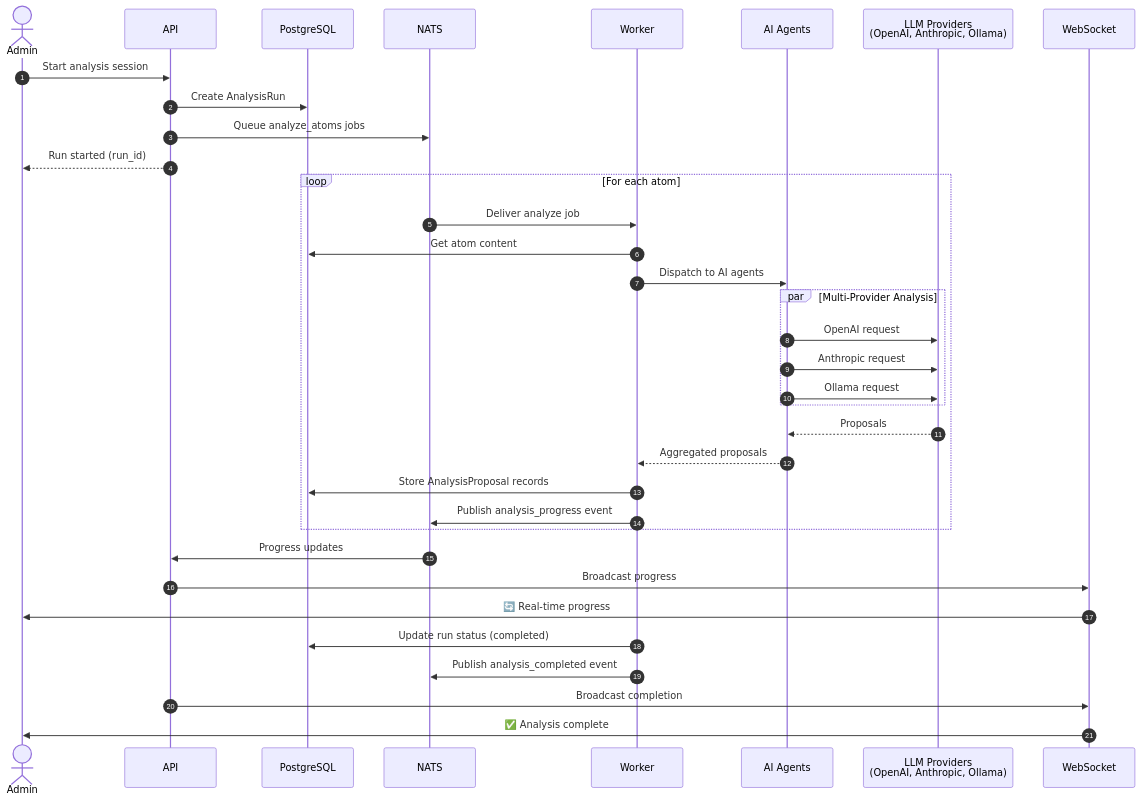
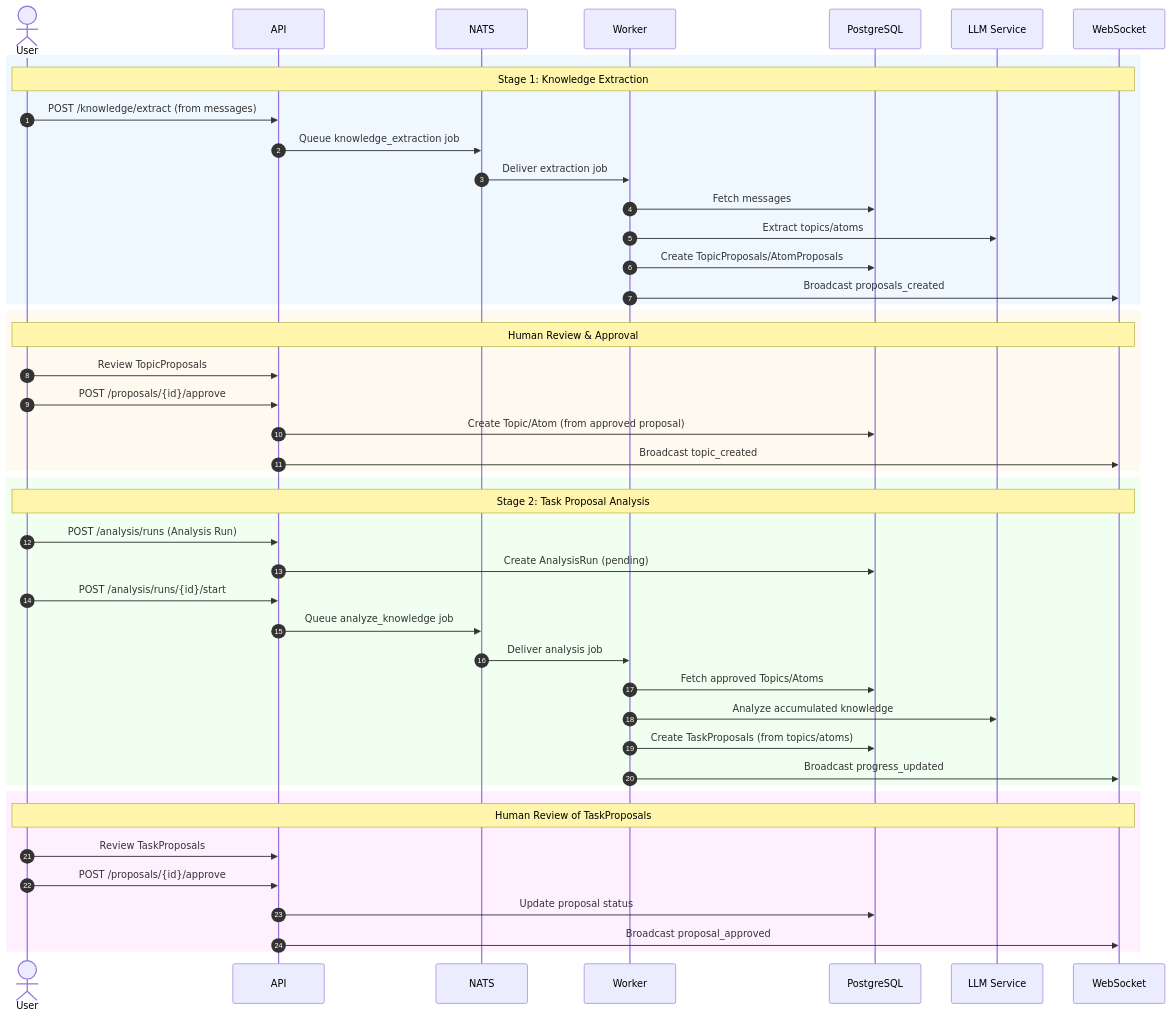
One commit to djimontyp/task-tracker changed the fifth of 15 diagrams in docs/content/en/architecture/diagrams.md. Above: the diagram before and after it, drawn with Mermaid. The commit also changed other lines of this file and 8 other files, not shown here.

Commit message:
docs: update architecture for two-stage knowledge pipeline

````diff
--- a/docs/content/en/architecture/diagrams.md
+++ b/docs/content/en/architecture/diagrams.md
@@ -217,44 +217,53 @@
 ```mermaid
 sequenceDiagram
     autonumber
-    actor Admin
+    actor User
     participant API
-    participant DB as PostgreSQL
     participant NATS
     participant Worker
-    participant Agents as AI Agents
-    participant Providers as LLM Providers<br/>(OpenAI, Anthropic, Ollama)
+    participant DB as PostgreSQL
+    participant LLM as LLM Service
     participant WS as WebSocket
 
-    Admin->>API: Start analysis session
-    API->>DB: Create AnalysisRun
-    API->>NATS: Queue analyze_atoms jobs
-    API-->>Admin: Run started (run_id)
+    rect rgb(240, 248, 255)
+        Note over User,WS: Stage 1: Knowledge Extraction
+        User->>API: POST /knowledge/extract (from messages)
+        API->>NATS: Queue knowledge_extraction job
 
-    loop For each atom
-        NATS->>Worker: Deliver analyze job
-        Worker->>DB: Get atom content
-        Worker->>Agents: Dispatch to AI agents
-
-        par Multi-Provider Analysis
-            Agents->>Providers: OpenAI request
-            Agents->>Providers: Anthropic request
-            Agents->>Providers: Ollama request
-        end
-
-        Providers-->>Agents: Proposals
-        Agents-->>Worker: Aggregated proposals
-
-        Worker->>DB: Store AnalysisProposal records
-        Worker->>NATS: Publish analysis_progress event
+        NATS->>Worker: Deliver extraction job
+        Worker->>DB: Fetch messages
+        Worker->>LLM: Extract topics/atoms
+        Worker->>DB: Create TopicProposals/AtomProposals
+        Worker->>WS: Broadcast proposals_created
     end
 
-    NATS->>API: Progress updates
-    API->>WS: Broadcast progress
-    WS->>Admin: 🔄 Real-time progress
+    rect rgb(255, 250, 240)
+        Note over User,WS: Human Review & Approval
+        User->>API: Review TopicProposals
+        User->>API: POST /proposals/{id}/approve
+        API->>DB: Create Topic/Atom (from approved proposal)
+        API->>WS: Broadcast topic_created
+    end
 
-    Worker->>DB: Update run status (completed)
-    Worker->>NATS: Publish analysis_completed event
-    API->>WS: Broadcast completion
-    WS->>Admin: ✅ Analysis complete
+    rect rgb(240, 255, 240)
+        Note over User,WS: Stage 2: Task Proposal Analysis
+        User->>API: POST /analysis/runs (Analysis Run)
+        API->>DB: Create AnalysisRun (pending)
+        User->>API: POST /analysis/runs/{id}/start
+        API->>NATS: Queue analyze_knowledge job
+
+        NATS->>Worker: Deliver analysis job
+        Worker->>DB: Fetch approved Topics/Atoms
+        Worker->>LLM: Analyze accumulated knowledge
+        Worker->>DB: Create TaskProposals (from topics/atoms)
+        Worker->>WS: Broadcast progress_updated
+    end
+
+    rect rgb(255, 240, 255)
+        Note over User,WS: Human Review of TaskProposals
+        User->>API: Review TaskProposals
+        User->>API: POST /proposals/{id}/approve
+        API->>DB: Update proposal status
+        API->>WS: Broadcast proposal_approved
+    end
 ```
````
